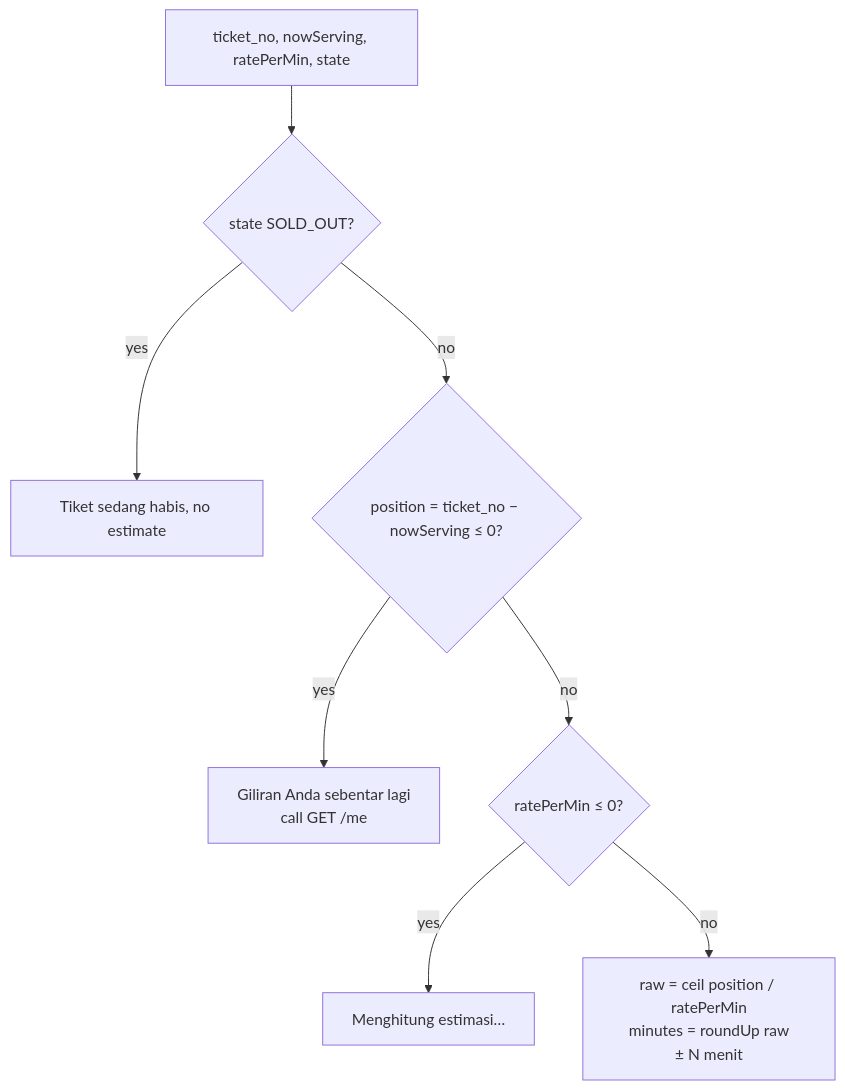
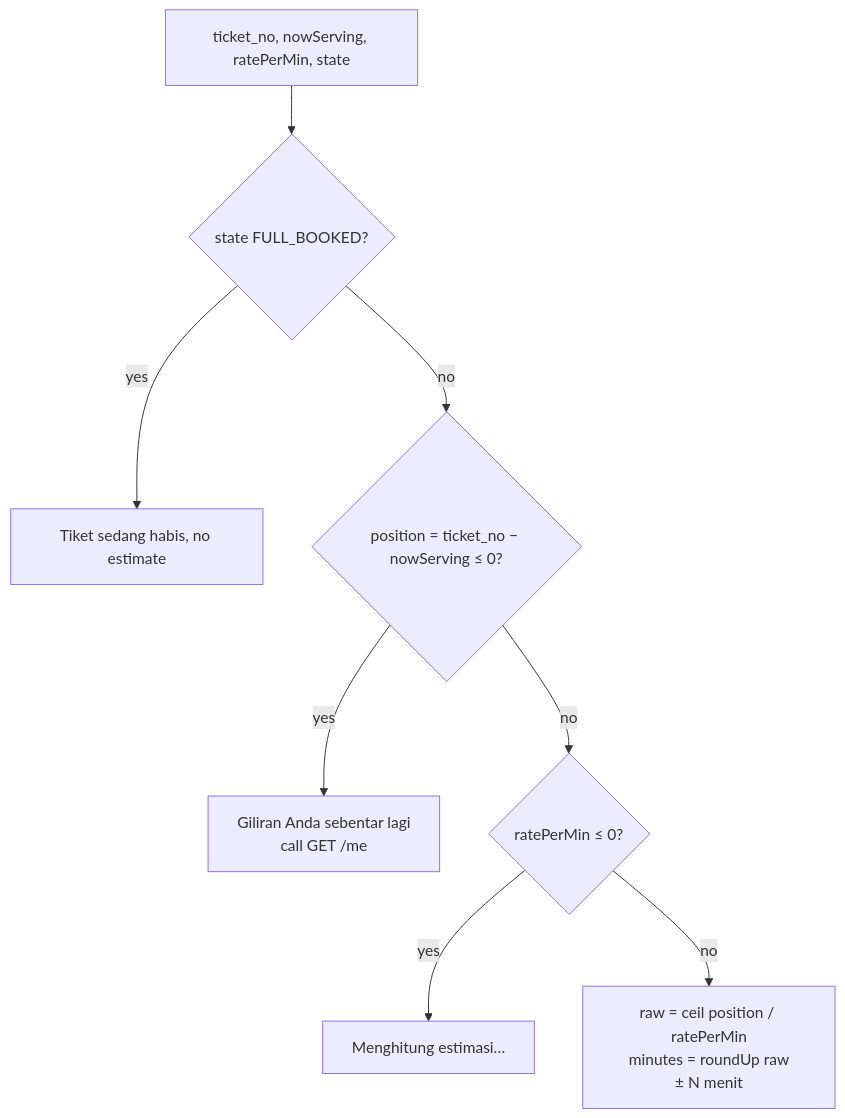
The fifth of 5 diagrams in docs/04-queue/README.md (PTServerJanganTumbang-BookingTicket/be-rusuh-war-ticketing), drawn with Mermaid before and after one commit. The commit also changed other lines of this file and 23 other files, not shown here.

First line of the commit message:
refactor(queue): rename sale state SOLD_OUT to FULL_BOOKED

````diff
--- a/docs/04-queue/README.md
+++ b/docs/04-queue/README.md
@@ -266,10 +266,10 @@
 ```mermaid
 flowchart TD
-    A[ticket_no, nowServing, ratePerMin, state] --> B{state SOLD_OUT?}
+    A[ticket_no, nowServing, ratePerMin, state] --> B{state FULL_BOOKED?}
     B -->|yes| B1[Tiket sedang habis, no estimate]
     B -->|no| D{position = ticket_no − nowServing ≤ 0?}
     D -->|yes| D1[Giliran Anda sebentar lagi<br/>call GET /me]
     D -->|no| E{ratePerMin ≤ 0?}
     E -->|yes| E1[Menghitung estimasi…]
     E -->|no| F[raw = ceil position / ratePerMin<br/>minutes = roundUp raw<br/>± N menit]
 ```
````
